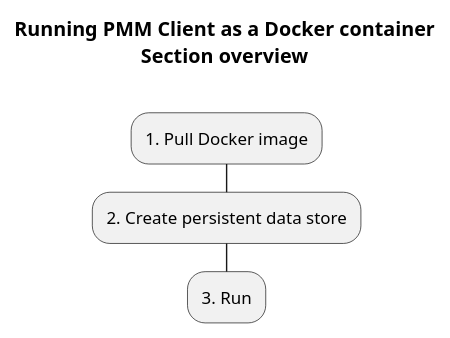
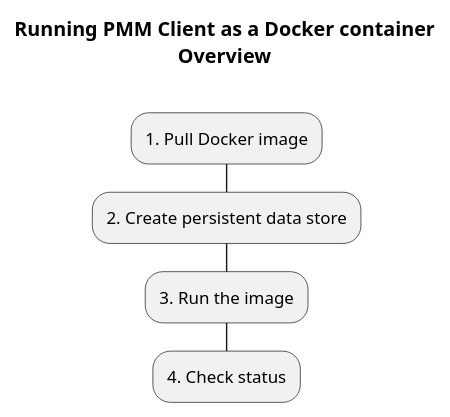
Before and after one commit to percona/pmm-doc: the diagram in _resources/diagrams/Setting-Up_Client_Docker.puml, drawn with PlantUML. The commit also changed 1 other file, not shown here.

```diff
--- a/_resources/diagrams/Setting-Up_Client_Docker.puml
+++ b/_resources/diagrams/Setting-Up_Client_Docker.puml
@@ -6,7 +6,8 @@
 @startuml "setting-up_client_docker"
 skinparam ArrowHeadColor none
-title Running PMM Client as a Docker container\nSection overview\n
+title Running PMM Client as a Docker container\nOverview\n
 :1. Pull Docker image;
 :2. Create persistent data store;
-:3. Run;
+:3. Run the image;
+:4. Check status;
 @enduml
```
